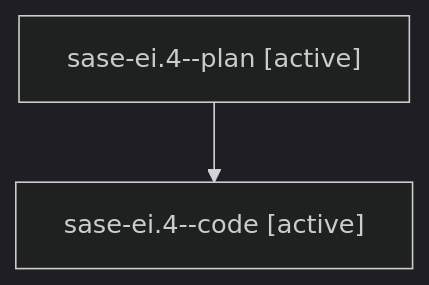
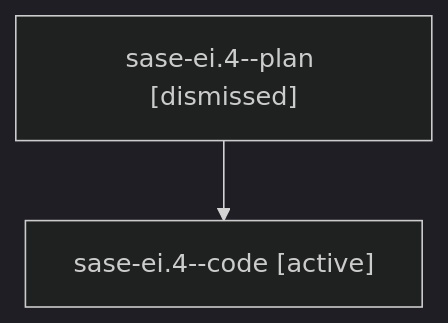
The diagram in sessions/bbugyi200.athena.sase-ei.4.md (sase-org/sase--agents), drawn with Mermaid (dark theme) before and after one commit. The commit also changed other lines of this file and 62 other files, not shown here.

````diff
--- a/sessions/bbugyi200.athena.sase-ei.4.md
+++ b/sessions/bbugyi200.athena.sase-ei.4.md
@@ -9,6 +9,6 @@
 ```mermaid
 flowchart TD
-  n0["sase-ei.4--plan [active]"]
+  n0["sase-ei.4--plan [dismissed]"]
   n1["sase-ei.4--code [active]"]
   n0 --> n1
 ```
````
